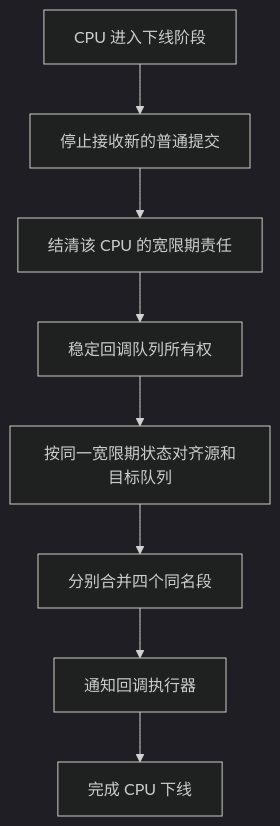
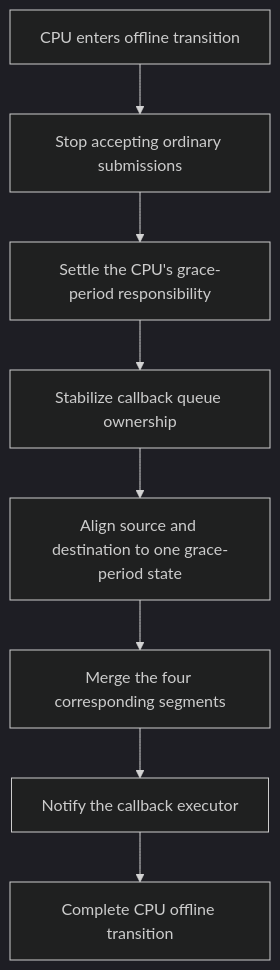
Before and after one commit to DragonOS-Community/DragonOS: the seventh of 8 diagrams in docs/kernel/rcu/segmented-callback-queues.md, drawn with Mermaid (dark theme). The commit also changed other lines of this file and 2058 other files, not shown here.

````diff
--- a/docs/kernel/rcu/segmented-callback-queues.md
+++ b/docs/kernel/rcu/segmented-callback-queues.md
@@ -216,10 +216,10 @@
 ```mermaid
 flowchart TD
-    Dying[CPU 进入下线阶段] --> Stop[停止接收新的普通提交]
-    Stop --> GP[结清该 CPU 的宽限期责任]
-    GP --> Owner[稳定回调队列所有权]
-    Owner --> Align[按同一宽限期状态对齐源和目标队列]
-    Align --> Merge[分别合并四个同名段]
-    Merge --> Wake[通知回调执行器]
-    Wake --> Dead[完成 CPU 下线]
+    Dying[CPU enters offline transition] --> Stop[Stop accepting ordinary submissions]
+    Stop --> GP[Settle the CPU's grace-period responsibility]
+    GP --> Owner[Stabilize callback queue ownership]
+    Owner --> Align[Align source and destination to one grace-period state]
+    Align --> Merge[Merge the four corresponding segments]
+    Merge --> Wake[Notify the callback executor]
+    Wake --> Dead[Complete CPU offline transition]
 ```
````
